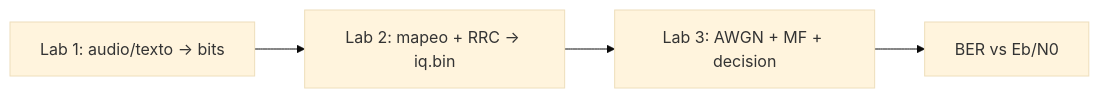
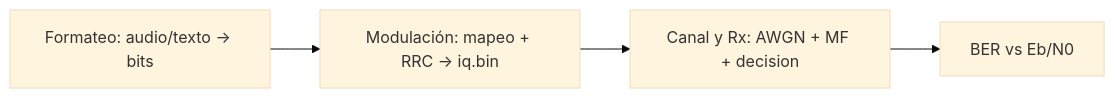
The diagram in docs/presentacion_lab3_template.md (ecoranti/CDA), drawn with Mermaid (base theme) before and after one commit. The commit also changed other lines of this file and 19 other files, not shown here.

Commit message:
Document stages, clarify BER flow, and include final report

````diff
--- a/docs/presentacion_lab3_template.md
+++ b/docs/presentacion_lab3_template.md
@@ -17,6 +17,6 @@
 ```mermaid
 flowchart LR
-A["Lab 1: audio/texto -> bits"] --> B["Lab 2: mapeo + RRC -> iq.bin"]
-B --> C["Lab 3: AWGN + MF + decision"]
+A["Formateo: audio/texto -> bits"] --> B["Modulación: mapeo + RRC -> iq.bin"]
+B --> C["Canal y Rx: AWGN + MF + decision"]
 C --> D["BER vs Eb/N0"]
 ```
````
